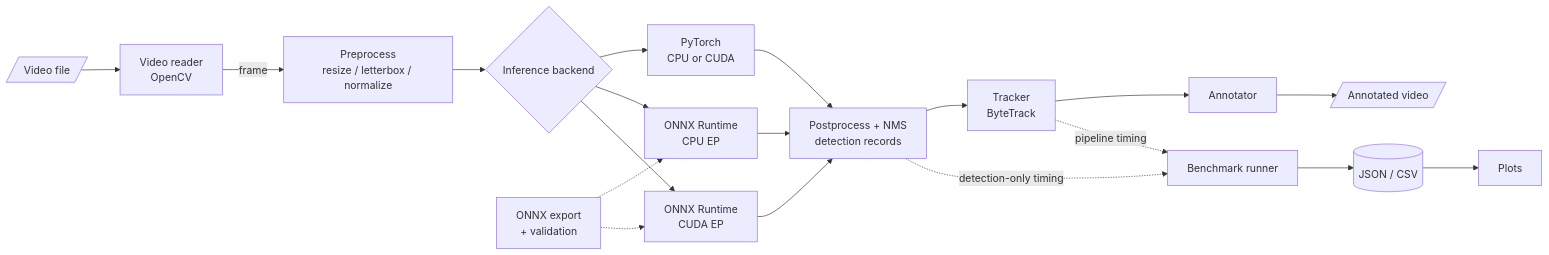
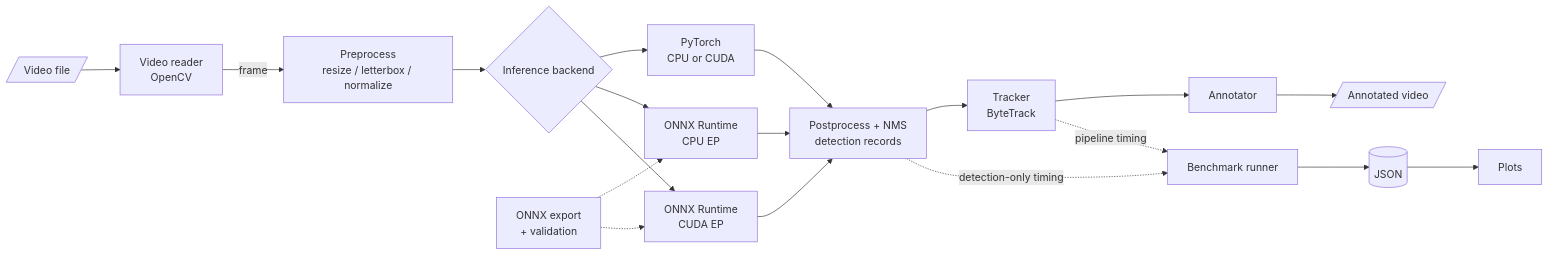
Before and after one commit to mukhul/edgevision: the diagram in docs/architecture.md, drawn with Mermaid. The commit also changed other lines of this file and 30 other files, not shown here.

````diff
--- a/docs/architecture.md
+++ b/docs/architecture.md
@@ -7,21 +7,21 @@
 ```mermaid
 flowchart LR
     V[/Video file/] --> R[Video reader<br/>OpenCV]
     R -->|frame| PRE[Preprocess<br/>resize / letterbox / normalize]
     PRE --> BE{Inference backend}
     BE --> PT[PyTorch<br/>CPU or CUDA]
     BE --> OC[ONNX Runtime<br/>CPU EP]
     BE --> OG[ONNX Runtime<br/>CUDA EP]
     PT --> POST[Postprocess + NMS<br/>detection records]
     OC --> POST
     OG --> POST
     POST --> TR[Tracker<br/>ByteTrack]
     TR --> AN[Annotator]
     AN --> W[/Annotated video/]
     POST -.->|detection-only timing| BM[Benchmark runner]
     TR -.->|pipeline timing| BM
-    BM --> RS[(JSON / CSV)]
+    BM --> RS[(JSON)]
     RS --> PL[Plots]
     EX[ONNX export<br/>+ validation] -.-> OC
     EX -.-> OG
 ```
````
